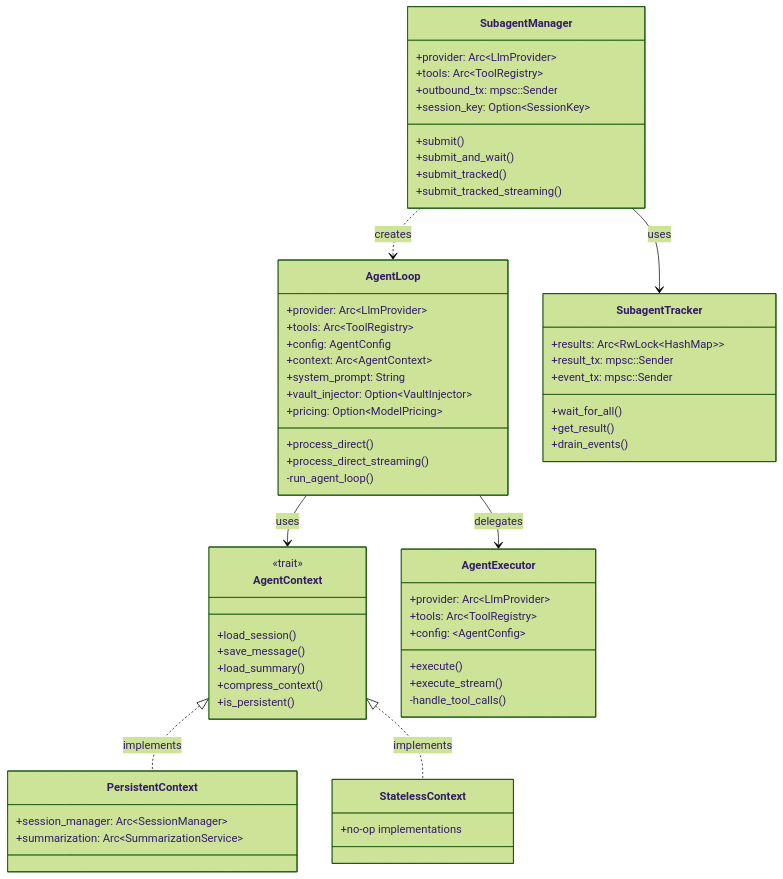
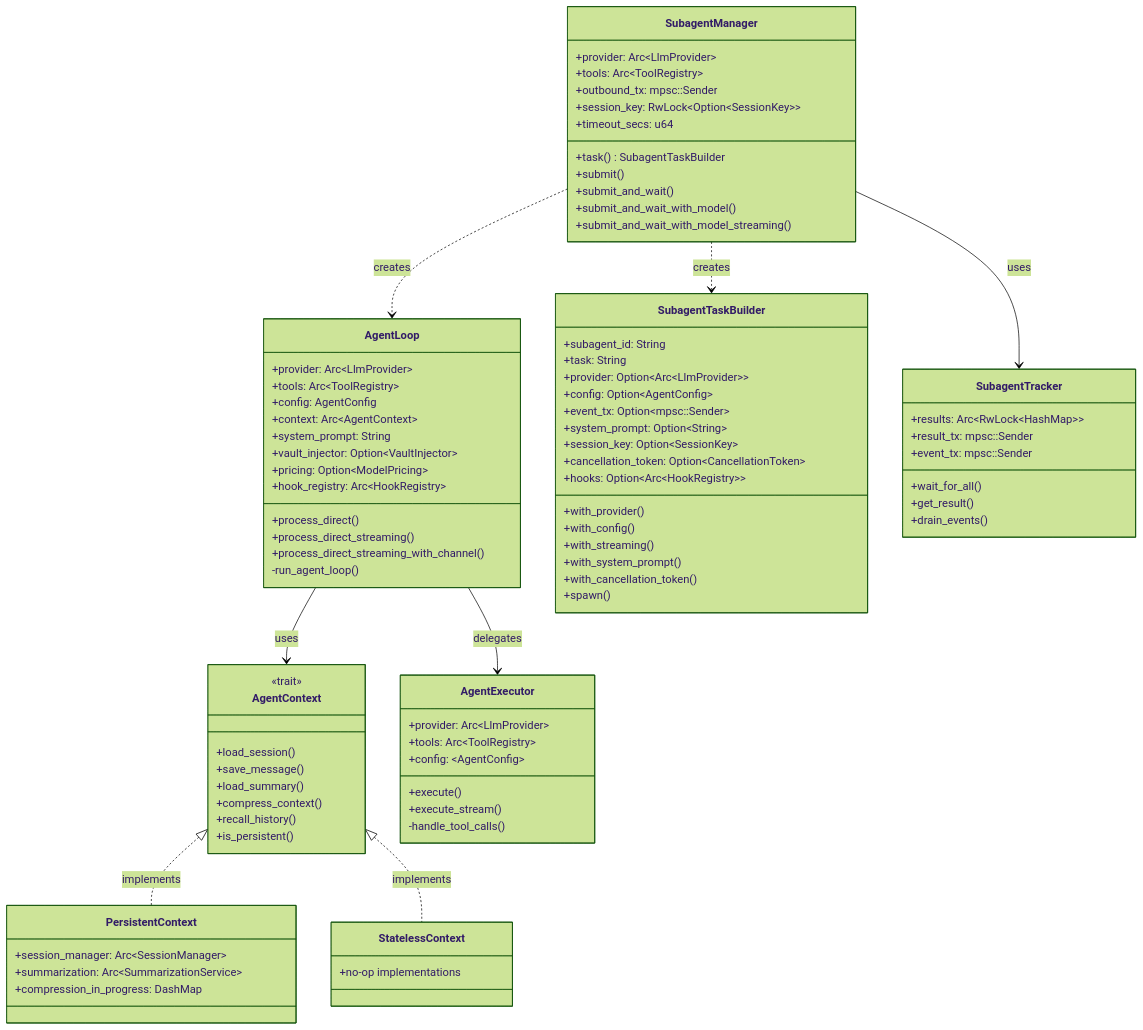
One commit to yeheng/nanobot-rs changed the fourth of 4 diagrams in docs/agent_flow.md. Above: the diagram before and after it, drawn with Mermaid (forest theme). The commit also changed other lines of this file and 15 other files, not shown here.

````diff
--- a/docs/agent_flow.md
+++ b/docs/agent_flow.md
@@ -143,8 +151,10 @@
         +system_prompt: String
         +vault_injector: Option~VaultInjector~
         +pricing: Option~ModelPricing~
+        +hook_registry: Arc~HookRegistry~
         +process_direct()
         +process_direct_streaming()
+        +process_direct_streaming_with_channel()
         -run_agent_loop()
     }
 
@@ -154,12 +164,14 @@
         +save_message()
         +load_summary()
         +compress_context()
+        +recall_history()
         +is_persistent()
     }
 
     class PersistentContext {
         +session_manager: Arc~SessionManager~
         +summarization: Arc~SummarizationService~
+        +compression_in_progress: DashMap
     }
 
     class StatelessContext {
@@ -179,11 +191,31 @@
         +provider: Arc~LlmProvider~
         +tools: Arc~ToolRegistry~
         +outbound_tx: mpsc::Sender
-        +session_key: Option~SessionKey~
+        +session_key: RwLock~Option~SessionKey~~
+        +timeout_secs: u64
+        +task() SubagentTaskBuilder
         +submit()
         +submit_and_wait()
-        +submit_tracked()
-        +submit_tracked_streaming()
+        +submit_and_wait_with_model()
+        +submit_and_wait_with_model_streaming()
+    }
+
+    class SubagentTaskBuilder {
+        +subagent_id: String
+        +task: String
+        +provider: Option~Arc~LlmProvider~~
+        +config: Option~AgentConfig~
+        +event_tx: Option~mpsc::Sender~
+        +system_prompt: Option~String~
+        +session_key: Option~SessionKey~
+        +cancellation_token: Option~CancellationToken~
+        +hooks: Option~Arc~HookRegistry~~
+        +with_provider()
+        +with_config()
+        +with_streaming()
+        +with_system_prompt()
+        +with_cancellation_token()
+        +spawn()
     }
 
     class SubagentTracker {
@@ -201,4 +233,5 @@
     AgentLoop --> AgentExecutor : delegates
     SubagentManager ..> AgentLoop : creates
     SubagentManager --> SubagentTracker : uses
+    SubagentManager ..> SubagentTaskBuilder : creates
 ```
````
